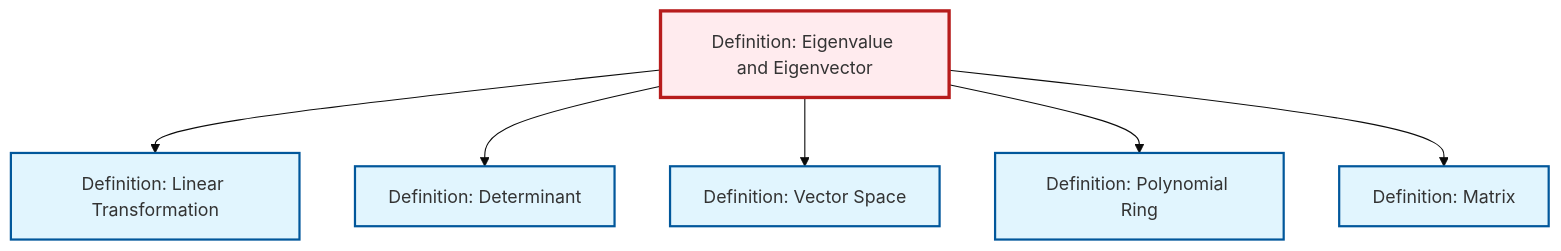
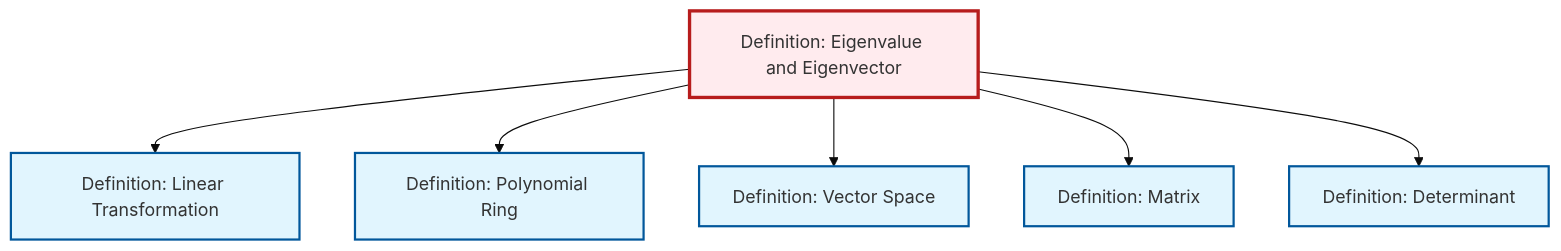
The diagram in content/en/algebra/def-eigenvalue-eigenvector.qmd (RK0429/ModernMath), drawn with Mermaid (base theme) before and after one commit. The commit also changed other lines of this file and 672 other files, not shown here.

````diff
--- a/content/en/algebra/def-eigenvalue-eigenvector.qmd
+++ b/content/en/algebra/def-eigenvalue-eigenvector.qmd
@@ -74,26 +74,26 @@
 ```{mermaid}
 %%| fig-cap: "Local dependency graph"
 graph TD
     classDef definition fill:#e1f5fe,stroke:#01579b,stroke-width:2px
     classDef theorem fill:#f3e5f5,stroke:#4a148c,stroke-width:2px
     classDef axiom fill:#fff3e0,stroke:#e65100,stroke-width:2px
     classDef example fill:#e8f5e9,stroke:#1b5e20,stroke-width:2px
     classDef current fill:#ffebee,stroke:#b71c1c,stroke-width:3px
+    def-determinant["Definition: Determinant"]:::definition
+    def-eigenvalue-eigenvector["Definition: Eigenvalue and Eigenvector"]:::definition
+    def-matrix["Definition: Matrix"]:::definition
+    def-linear-transformation["Definition: Linear Transformation"]:::definition
     def-polynomial-ring["Definition: Polynomial Ring"]:::definition
     def-vector-space["Definition: Vector Space"]:::definition
-    def-linear-transformation["Definition: Linear Transformation"]:::definition
-    def-eigenvalue-eigenvector["Definition: Eigenvalue and Eigenvector"]:::definition
-    def-matrix["Definition: Matrix"]:::definition
-    def-determinant["Definition: Determinant"]:::definition
     def-eigenvalue-eigenvector --> def-linear-transformation
+    def-eigenvalue-eigenvector --> def-polynomial-ring
+    def-eigenvalue-eigenvector --> def-vector-space
+    def-eigenvalue-eigenvector --> def-matrix
     def-eigenvalue-eigenvector --> def-determinant
-    def-eigenvalue-eigenvector --> def-vector-space
-    def-eigenvalue-eigenvector --> def-polynomial-ring
-    def-eigenvalue-eigenvector --> def-matrix
     class def-eigenvalue-eigenvector current
+    click def-determinant "def-determinant.html" "Go to Determinant definition"
+    click def-matrix "def-matrix.html" "Go to Matrix definition"
+    click def-linear-transformation "def-linear-transformation.html" "Go to Linear Transformation definition"
     click def-polynomial-ring "def-polynomial-ring.html" "Go to Polynomial Ring definition"
     click def-vector-space "def-vector-space.html" "Go to Vector Space definition"
-    click def-linear-transformation "def-linear-transformation.html" "Go to Linear Transformation definition"
-    click def-matrix "def-matrix.html" "Go to Matrix definition"
-    click def-determinant "def-determinant.html" "Go to Determinant definition"
 ```
````
